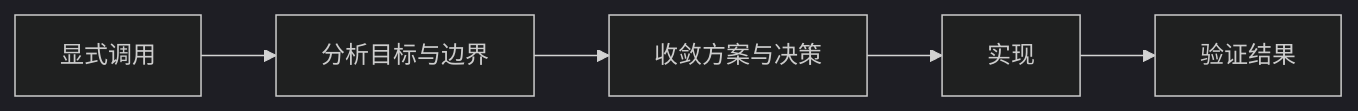
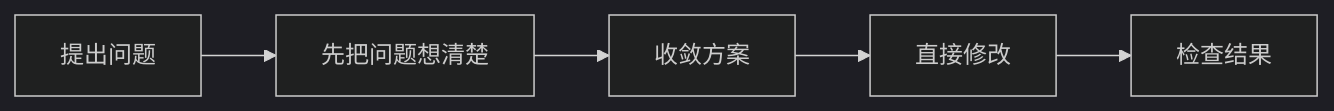
The first of 3 diagrams in README.md (chungeplus/yeizi-skills), drawn with Mermaid (dark theme) before and after one commit. The commit also changed other lines of this file and 1 other file, not shown here.

````diff
--- a/README.md
+++ b/README.md
@@ -21,7 +21,7 @@
 ```mermaid
 flowchart LR
-    A["显式调用"] --> B["分析目标与边界"]
-    B --> C["收敛方案与决策"]
-    C --> D["实现"]
-    D --> E["验证结果"]
+    A["提出问题"] --> B["先把问题想清楚"]
+    B --> C["收敛方案"]
+    C --> D["直接修改"]
+    D --> E["检查结果"]
 ```
````
